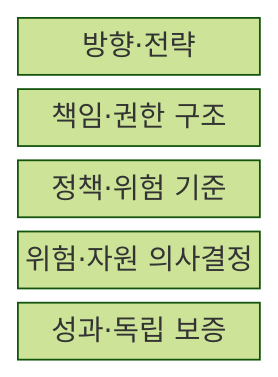
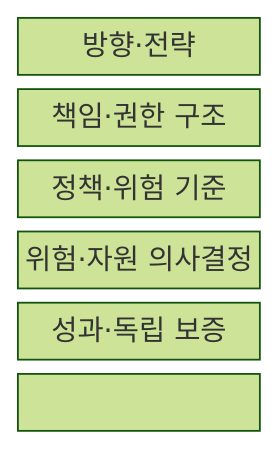
Before and after one commit to agnusdei1207/knowledge-base: the first of 2 diagrams in src/content/docs/notes/05-security/112_information_security_governance.md, drawn with Mermaid (forest theme). The commit also changed other lines of this file and 151 other files, not shown here.

````diff
--- a/src/content/docs/notes/05-security/112_information_security_governance.md
+++ b/src/content/docs/notes/05-security/112_information_security_governance.md
@@ -52,9 +52,11 @@
 ```mermaid
 block-beta
   columns 1
   G["방향·전략"]
   R["책임·권한 구조"]
   P["정책·위험 기준"]
   D["위험·자원 의사결정"]
   A["성과·독립 보증"]
+  G --- R --- P
+  P --- D --- A
 ```
````
